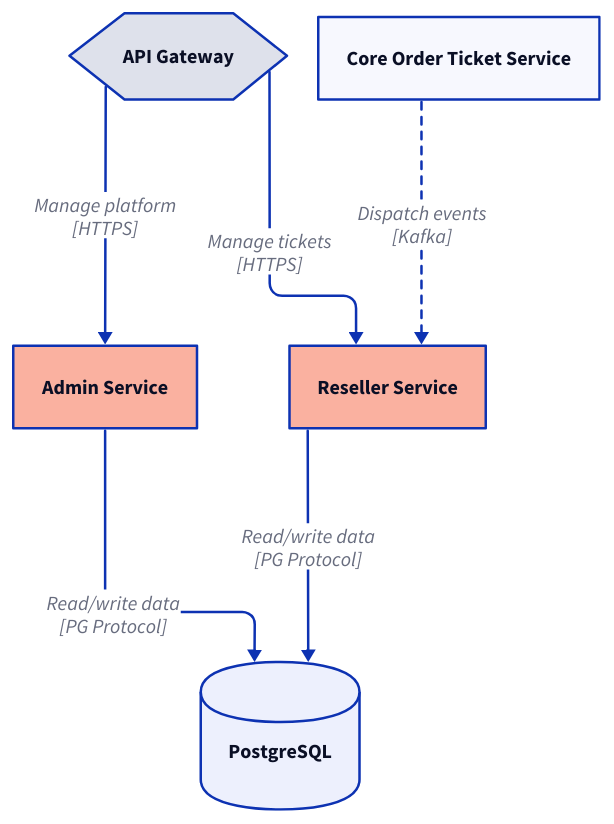
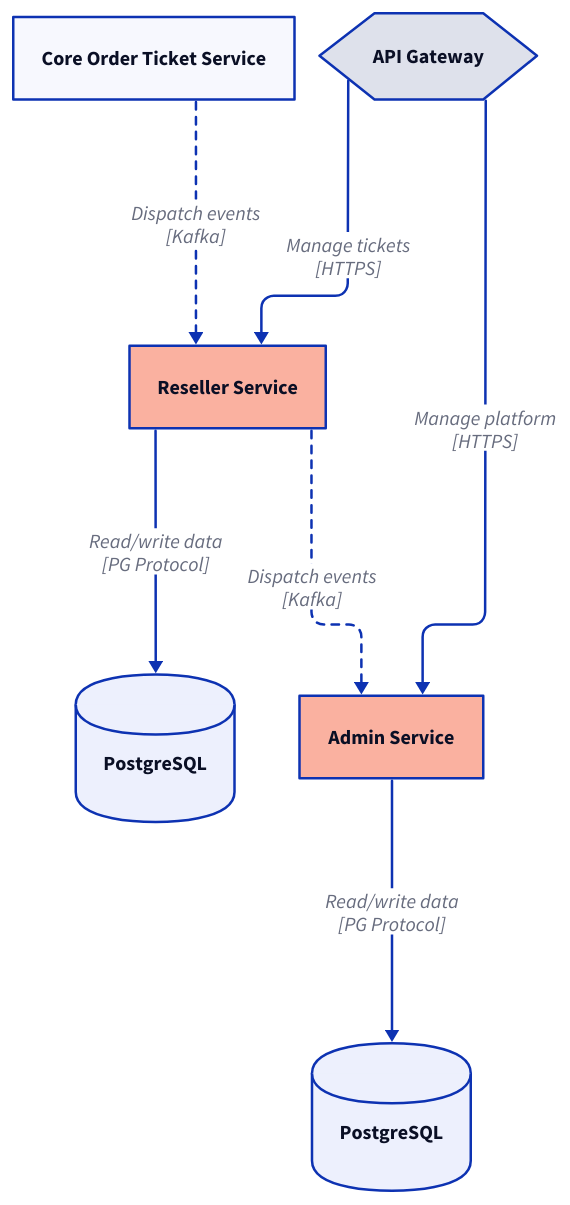
One commit to pramindanata/architecture-katas changed the diagram in kata/ticket-to-serve/asset/admin-and-reseller-services-architecture.d2. Above: the diagram before and after it, drawn with D2. The commit also changed 26 other files, not shown here.

```diff
--- a/kata/ticket-to-serve/asset/admin-and-reseller-services-architecture.d2
+++ b/kata/ticket-to-serve/asset/admin-and-reseller-services-architecture.d2
@@ -1,36 +1,45 @@
 vars: {
   d2-config: {
     layout-engine: elk
   }
 }
 
 gateway: {
   label: API Gateway
   shape: hexagon
 }
 
 resellerService: {
   label: Reseller Service
   style.fill: "#fab1a0"
 }
 
 adminService: {
   label: Admin Service
   style.fill: "#fab1a0"
 }
 
-db: {
+dbAdmin: {
+  label: PostgreSQL
+  shape: cylinder
+}
+
+dbReseller: {
   label: PostgreSQL
   shape: cylinder
 }
 
 coreOrderTicketService: Core Order Ticket Service
 
 gateway -> resellerService: "Manage tickets\n[HTTPS]"
 gateway -> adminService: "Manage platform\n[HTTPS]"
-resellerService -> db: "Read/write data\n[PG Protocol]"
-adminService -> db: "Read/write data\n[PG Protocol]"
+resellerService -> dbReseller: "Read/write data\n[PG Protocol]"
+resellerService -> adminService: {
+  label: "Dispatch events\n[Kafka]"
+  style.stroke-dash: 3
+}
+adminService -> dbAdmin: "Read/write data\n[PG Protocol]"
 coreOrderTicketService -> resellerService: {
   label: "Dispatch events\n[Kafka]"
   style.stroke-dash: 3
 }
```
